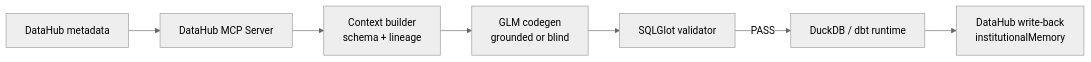
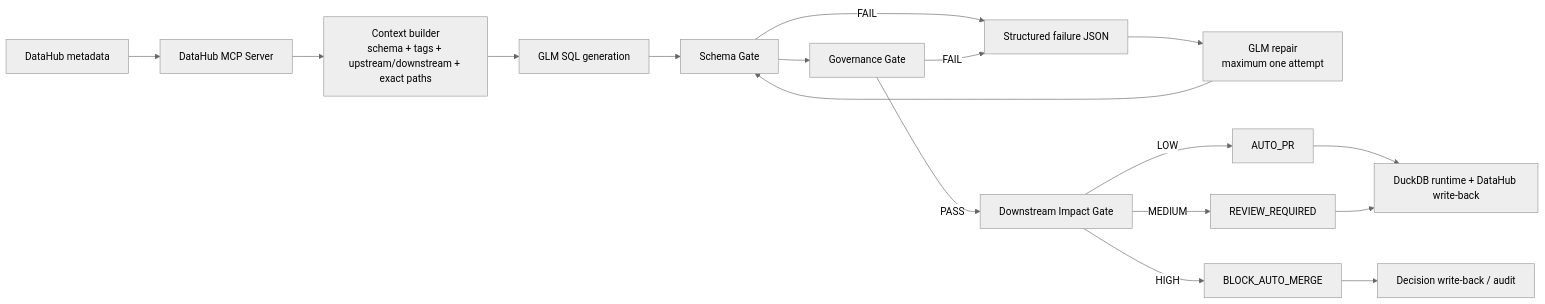
Before and after one commit to mangroveuniversemu-bot/hallucination-proof-codegen: the diagram in README.md, drawn with Mermaid (neutral theme). The commit also changed other lines of this file and 66 other files, not shown here.

````diff
--- a/README.md
+++ b/README.md
@@ -36,9 +150,19 @@
 ```mermaid
 flowchart LR
     A["DataHub metadata"] --> B["DataHub MCP Server"]
-    B --> C["Context builder<br/>schema + lineage"]
-    C --> D["GLM codegen<br/>grounded or blind"]
-    D --> E["SQLGlot validator"]
-    E -->|PASS| F["DuckDB / dbt runtime"]
-    F --> G["DataHub write-back<br/>institutionalMemory"]
+    B --> C["Context builder<br/>schema + tags + upstream/downstream + exact paths"]
+    C --> D["GLM SQL generation"]
+    D --> E["Schema Gate"]
+    E --> F["Governance Gate"]
+    E -->|"FAIL"| G["Structured failure JSON"]
+    F -->|"FAIL"| G
+    G --> H["GLM repair<br/>maximum one attempt"]
+    H --> E
+    F -->|"PASS"| I["Downstream Impact Gate"]
+    I -->|"LOW"| J["AUTO_PR"]
+    I -->|"MEDIUM"| K["REVIEW_REQUIRED"]
+    I -->|"HIGH"| L["BLOCK_AUTO_MERGE"]
+    J --> M["DuckDB runtime + DataHub write-back"]
+    K --> M
+    L --> N["Decision write-back / audit"]
 ```
````
